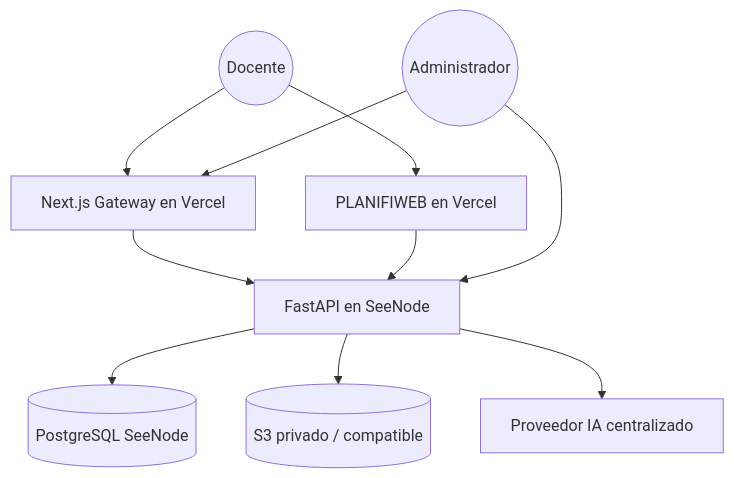
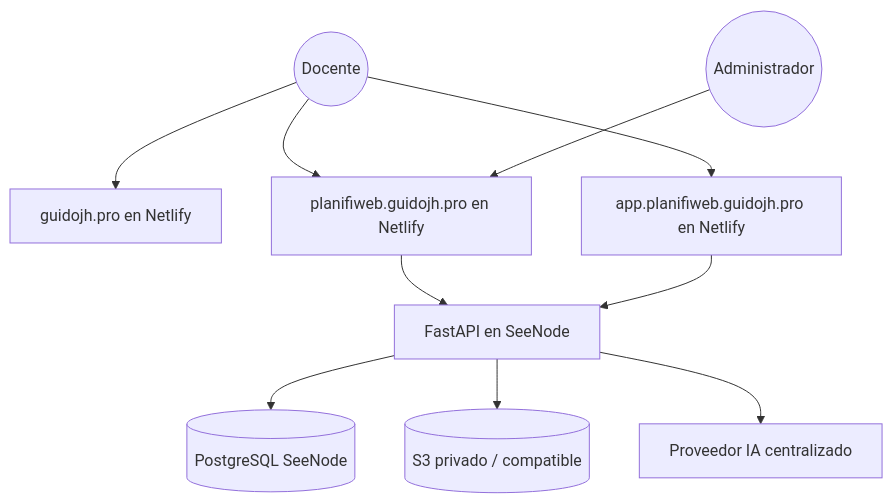
Before and after one commit to GuidoCJH/planifiweb-gateway: the diagram in DOCUMENTACION.md, drawn with Mermaid. The commit also changed other lines of this file and 38 other files, not shown here.

````diff
--- a/DOCUMENTACION.md
+++ b/DOCUMENTACION.md
@@ -17,12 +15,12 @@
 ```mermaid
 graph TD
-    User((Docente)) --> Landing[Next.js Gateway en Vercel]
-    Landing --> API[FastAPI en SeeNode]
-    User --> App[PLANIFIWEB en Vercel]
+    User((Docente)) --> Hub[guidojh.pro en Netlify]
+    User --> Gateway[planifiweb.guidojh.pro en Netlify]
+    User --> App[app.planifiweb.guidojh.pro en Netlify]
+    Gateway --> API[FastAPI en SeeNode]
     App --> API
     API --> DB[(PostgreSQL SeeNode)]
     API --> Storage[(S3 privado / compatible)]
     API --> AI[Proveedor IA centralizado]
-    Admin((Administrador)) --> Landing
-    Admin --> API
+    Admin((Administrador)) --> Gateway
 ```
````
